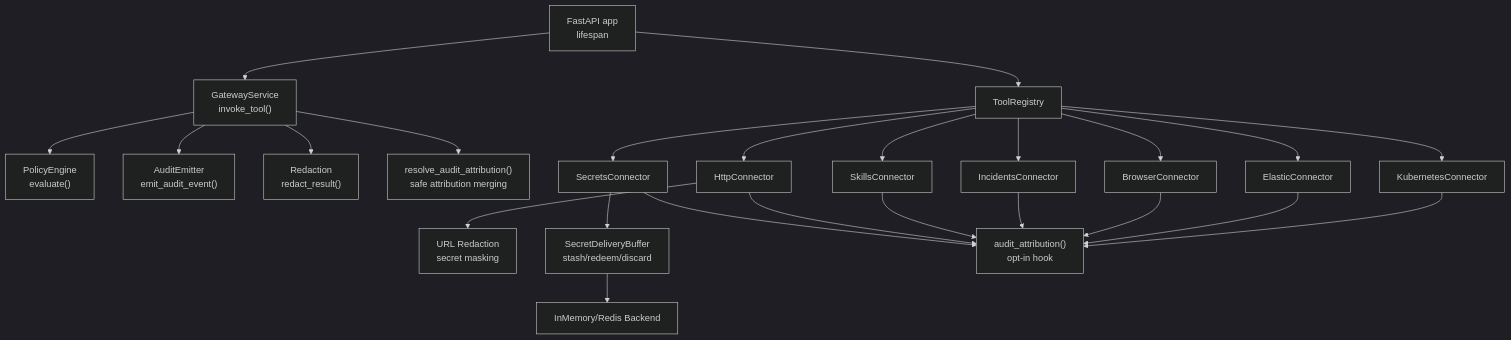
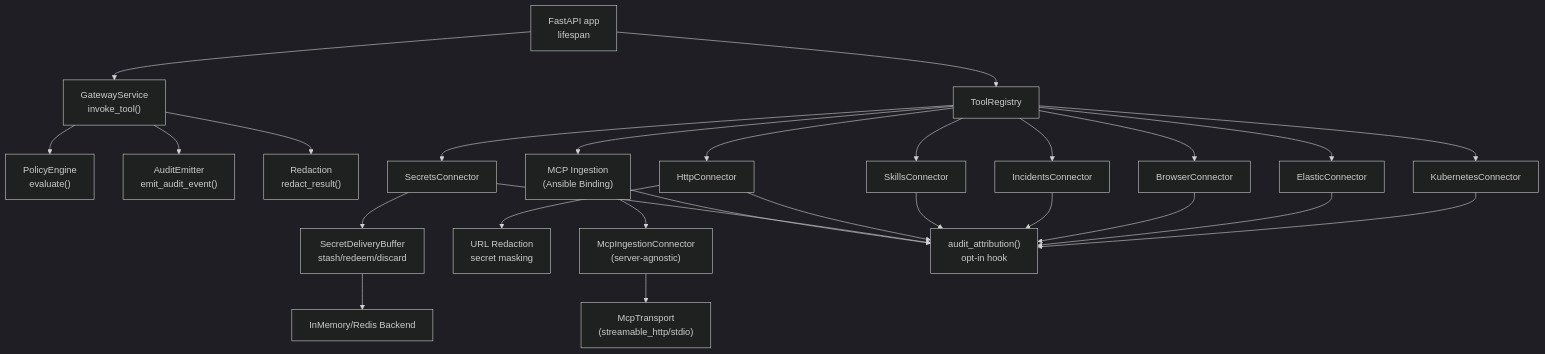
One commit to metasync/luban-aiops changed the first of 14 diagrams in .qoder/repowiki/en/content/Core Services/Tool Gateway/Tool Gateway.md. Above: the diagram before and after it, drawn with Mermaid (dark theme). The commit also changed other lines of this file and 13 other files, not shown here.

````diff
--- a/.qoder/repowiki/en/content/Core Services/Tool Gateway/Tool Gateway.md
+++ b/.qoder/repowiki/en/content/Core Services/Tool Gateway/Tool Gateway.md
@@ -68,26 +72,29 @@
 ```mermaid
 graph TB
 A["FastAPI app<br/>lifespan"] --> B["ToolRegistry"]
 A --> C["GatewayService<br/>invoke_tool()"]
 C --> D["PolicyEngine<br/>evaluate()"]
 C --> E["AuditEmitter<br/>emit_audit_event()"]
 C --> F["Redaction<br/>redact_result()"]
-C --> G["resolve_audit_attribution()<br/>safe attribution merging"]
 B --> H["KubernetesConnector"]
 B --> I["ElasticConnector"]
 B --> J["BrowserConnector"]
 B --> K["IncidentsConnector"]
 B --> L["SkillsConnector"]
 B --> M["HttpConnector"]
 B --> N["SecretsConnector"]
-M --> O["URL Redaction<br/>secret masking"]
-N --> P["SecretDeliveryBuffer<br/>stash/redeem/discard"]
-P --> Q["InMemory/Redis Backend"]
-H --> R["audit_attribution()<br/>opt-in hook"]
-I --> R
-J --> R
-K --> R
-L --> R
-M --> R
-N --> R
+B --> O["MCP Ingestion<br/>(Ansible Binding)"]
+O --> P["McpIngestionConnector<br/>(server-agnostic)"]
+P --> Q["McpTransport<br/>(streamable_http/stdio)"]
+M --> R["URL Redaction<br/>secret masking"]
+N --> S["SecretDeliveryBuffer<br/>stash/redeem/discard"]
+S --> T["InMemory/Redis Backend"]
+H --> U["audit_attribution()<br/>opt-in hook"]
+I --> U
+J --> U
+K --> U
+L --> U
+M --> U
+N --> U
+O --> U
 ```
````
